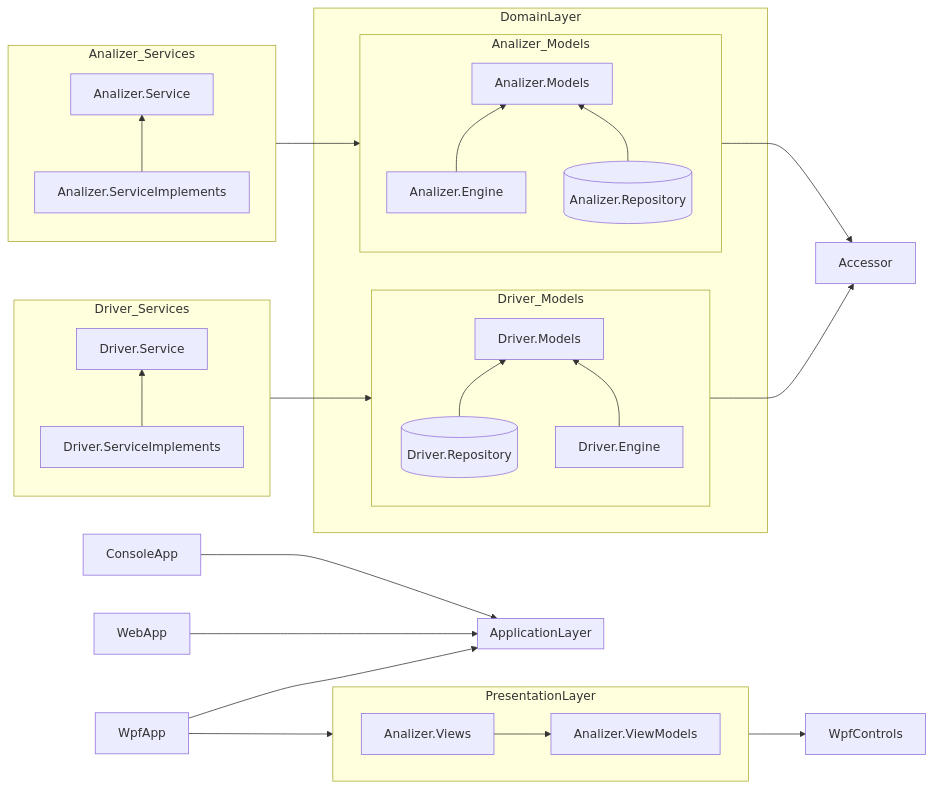
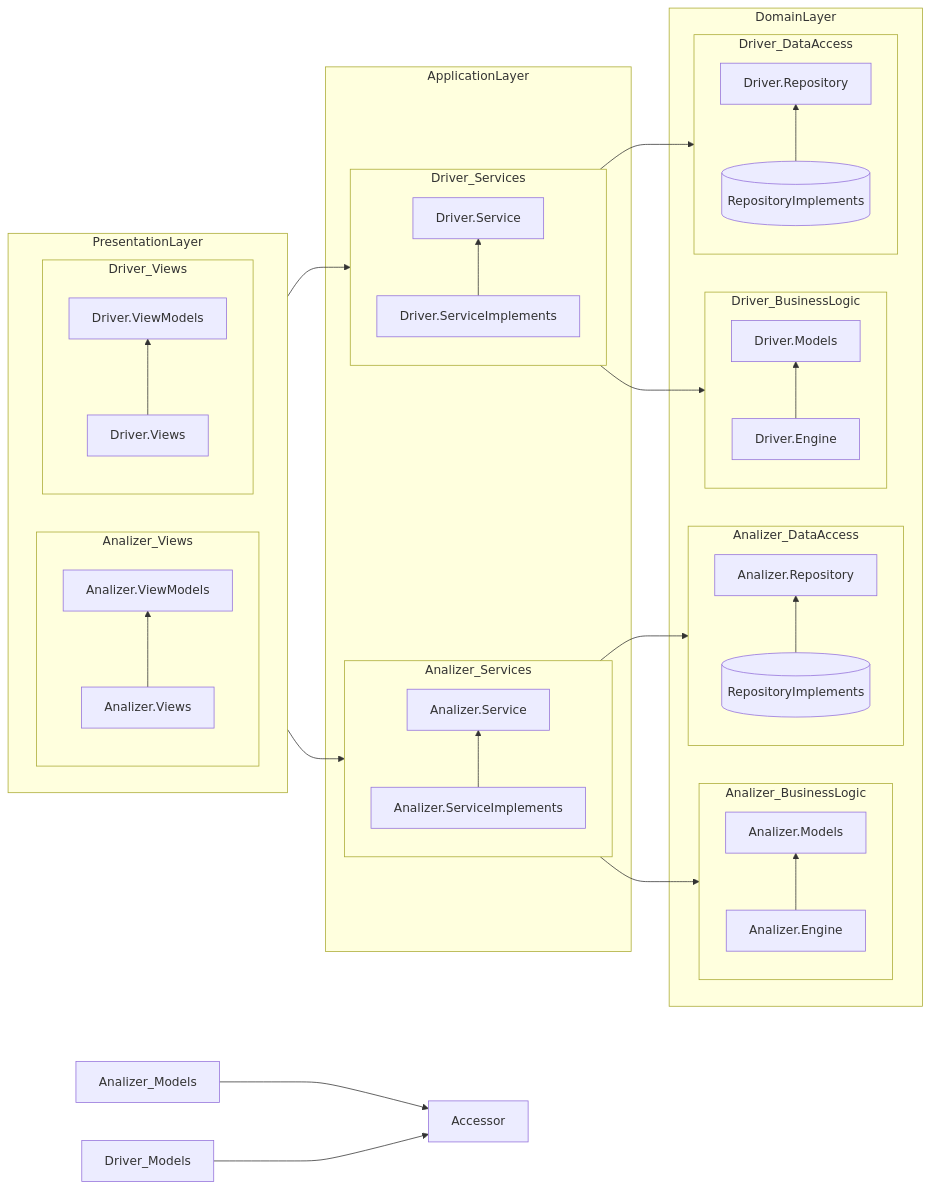
Before and after one commit to hidemuu/mov: the diagram in doc/mermaid/flow_charts/AssemblyStairWay.md, drawn with Mermaid.

Commit message:
20221120_2

````diff
--- a/doc/mermaid/flow_charts/AssemblyStairWay.md
+++ b/doc/mermaid/flow_charts/AssemblyStairWay.md
@@ -1,48 +1,56 @@
 ```mermaid
 flowchart LR
     
     Analizer_Models --> Accessor
+    Analizer_Views --> Analizer_Services
     Driver_Models --> Accessor
-    PresentationLayer --> WpfControls
-
+    Driver_Views --> Driver_Services
+    
     subgraph DomainLayer
-        subgraph Analizer_Models
+        subgraph Analizer_BusinessLogic
             direction BT
             Analizer.Engine --> Analizer.Models
-            Analizer.Repository[("Analizer.Repository")] --> Analizer.Models
         end
-        subgraph Driver_Models
+        subgraph Analizer_DataAccess
             direction BT
-            Driver.Repository[("Driver.Repository")] --> Driver.Models
+            Analizer.RepositoryImplements[("RepositoryImplements")] --> Analizer.Repository
+        end
+        subgraph Driver_BusinessLogic
+            direction BT
             Driver.Engine --> Driver.Models
+        end
+        subgraph Driver_DataAccess
+            direction BT
+            Driver.RepositoryImplements[("RepositoryImplements")] --> Driver.Repository
         end
     end
     
     subgraph ApplicationLayer
-        
-        
+        subgraph Analizer_Services
+            direction BT
+            Analizer.ServiceImplements --> Analizer.Service
+        end
+        Analizer_Services --> Analizer_BusinessLogic
+        Analizer_Services --> Analizer_DataAccess
+        subgraph Driver_Services
+            direction BT
+            Driver.ServiceImplements --> Driver.Service
+        end
+        Driver_Services --> Driver_BusinessLogic
+        Driver_Services --> Driver_DataAccess
     end
-
-    subgraph Analizer_Services
-        direction BT
-        Analizer.ServiceImplements --> Analizer.Service
-    end
-    Analizer_Services --> Analizer_Models
-
-    subgraph Driver_Services
-        direction BT
-        Driver.ServiceImplements --> Driver.Service
-    end
-    Driver_Services --> Driver_Models
 
     subgraph PresentationLayer
         direction LR
-        Analizer.Views --> Analizer.ViewModels
+        subgraph Analizer_Views
+            direction BT
+            Analizer.Views --> Analizer.ViewModels
+        end
+        subgraph Driver_Views
+            direction BT
+            Driver.Views --> Driver.ViewModels
+        end
     end
-
-    ConsoleApp --> ApplicationLayer
-    WebApp --> ApplicationLayer
-    WpfApp --> PresentationLayer
-    WpfApp --> ApplicationLayer
+    
     
 ```
````
